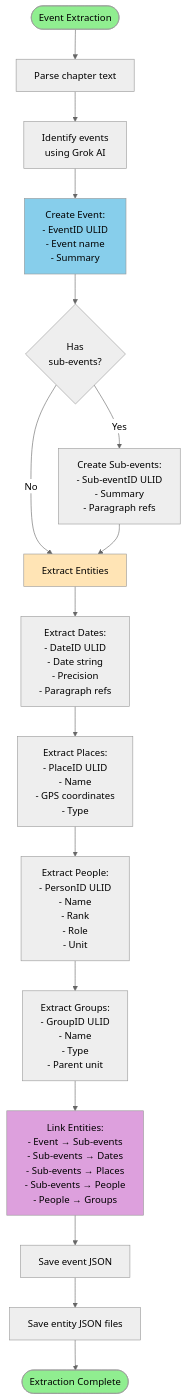
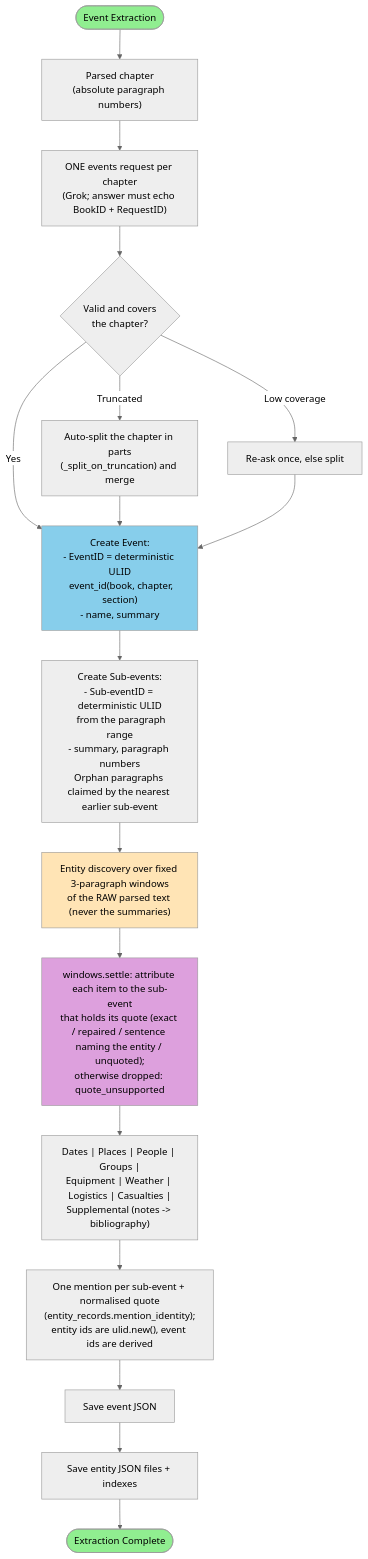
One commit to elasticfusion/SecondWorldWarAsData changed the sixth of 12 diagrams in docs/current/core/WORKFLOW_DIAGRAMS.md. Above: the diagram before and after it, drawn with Mermaid (neutral theme). The commit also changed other lines of this file and 8043 other files, not shown here.

````diff
--- a/docs/current/core/WORKFLOW_DIAGRAMS.md
+++ b/docs/current/core/WORKFLOW_DIAGRAMS.md
@@ -187,32 +238,28 @@
 ```mermaid
 flowchart TD
-    Start([Event Extraction]) --> ParseText[Parse chapter text]
-    ParseText --> IdentifyEvents[Identify events<br/>using Grok AI]
-    
-    IdentifyEvents --> CreateEvent[Create Event:<br/>- EventID ULID<br/>- Event name<br/>- Summary]
-    
-    CreateEvent --> HasSubEvents{Has<br/>sub-events?}
-    HasSubEvents -->|Yes| CreateSubEvents[Create Sub-events:<br/>- Sub-eventID ULID<br/>- Summary<br/>- Paragraph refs]
-    HasSubEvents -->|No| ExtractEntities
-    CreateSubEvents --> ExtractEntities
-    
-    ExtractEntities[Extract Entities] --> ExtractDates[Extract Dates:<br/>- DateID ULID<br/>- Date string<br/>- Precision<br/>- Paragraph refs]
-    
-    ExtractDates --> ExtractPlaces[Extract Places:<br/>- PlaceID ULID<br/>- Name<br/>- GPS coordinates<br/>- Type]
-    
-    ExtractPlaces --> ExtractPeople[Extract People:<br/>- PersonID ULID<br/>- Name<br/>- Rank<br/>- Role<br/>- Unit]
-    
-    ExtractPeople --> ExtractGroups[Extract Groups:<br/>- GroupID ULID<br/>- Name<br/>- Type<br/>- Parent unit]
-    
-    ExtractGroups --> LinkEntities[Link Entities:<br/>- Event → Sub-events<br/>- Sub-events → Dates<br/>- Sub-events → Places<br/>- Sub-events → People<br/>- People → Groups]
-    
-    LinkEntities --> SaveEvent[Save event JSON]
-    SaveEvent --> SaveEntities[Save entity JSON files]
+    Start([Event Extraction]) --> ParseText["Parsed chapter<br/>(absolute paragraph numbers)"]
+    ParseText --> IdentifyEvents["ONE events request per chapter<br/>(Grok; answer must echo BookID + RequestID)"]
+
+    IdentifyEvents --> Valid{"Valid and covers<br/>the chapter?"}
+    Valid -->|"Truncated"| Split["Auto-split the chapter in parts<br/>(_split_on_truncation) and merge"]
+    Valid -->|"Low coverage"| Reask["Re-ask once, else split"]
+    Valid -->|Yes| CreateEvent
+    Split --> CreateEvent
+    Reask --> CreateEvent
+
+    CreateEvent["Create Event:<br/>- EventID = deterministic ULID<br/>  event_id(book, chapter, section)<br/>- name, summary"] --> CreateSubEvents["Create Sub-events:<br/>- Sub-eventID = deterministic ULID<br/>  from the paragraph range<br/>- summary, paragraph numbers<br/>Orphan paragraphs claimed by the nearest earlier sub-event"]
+
+    CreateSubEvents --> ExtractEntities["Entity discovery over fixed 3-paragraph windows<br/>of the RAW parsed text (never the summaries)"]
+    ExtractEntities --> Attribute["windows.settle: attribute each item to the sub-event<br/>that holds its quote (exact / repaired / sentence naming the entity / unquoted);<br/>otherwise dropped: quote_unsupported"]
+    Attribute --> Entities["Dates | Places | People | Groups |<br/>Equipment | Weather | Logistics | Casualties |<br/>Supplemental (notes -> bibliography)"]
+    Entities --> Mentions["One mention per sub-event + normalised quote<br/>(entity_records.mention_identity);<br/>entity ids are ulid.new(), event ids are derived"]
+    Mentions --> SaveEvent[Save event JSON]
+    SaveEvent --> SaveEntities[Save entity JSON files + indexes]
     SaveEntities --> End([Extraction Complete])
-    
+
     style Start fill:#90EE90
     style End fill:#90EE90
     style CreateEvent fill:#87CEEB
     style ExtractEntities fill:#FFE4B5
-    style LinkEntities fill:#DDA0DD
+    style Attribute fill:#DDA0DD
 ```
````
